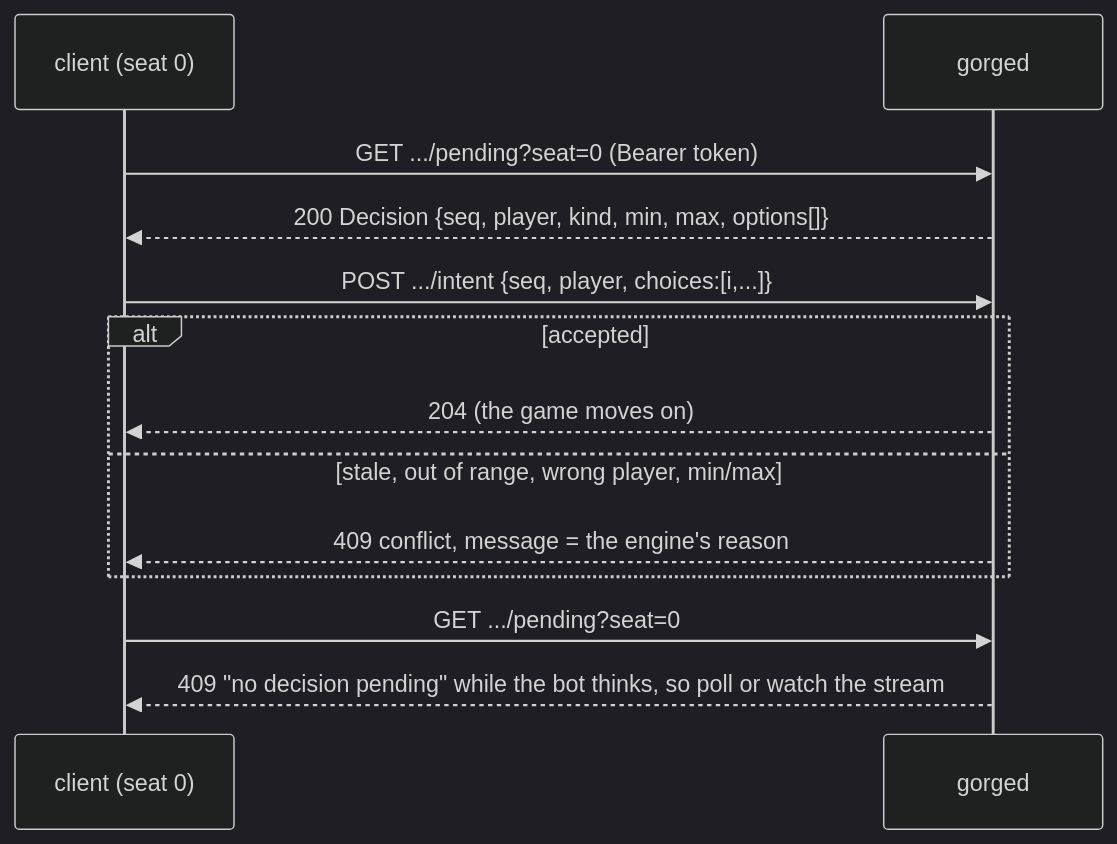
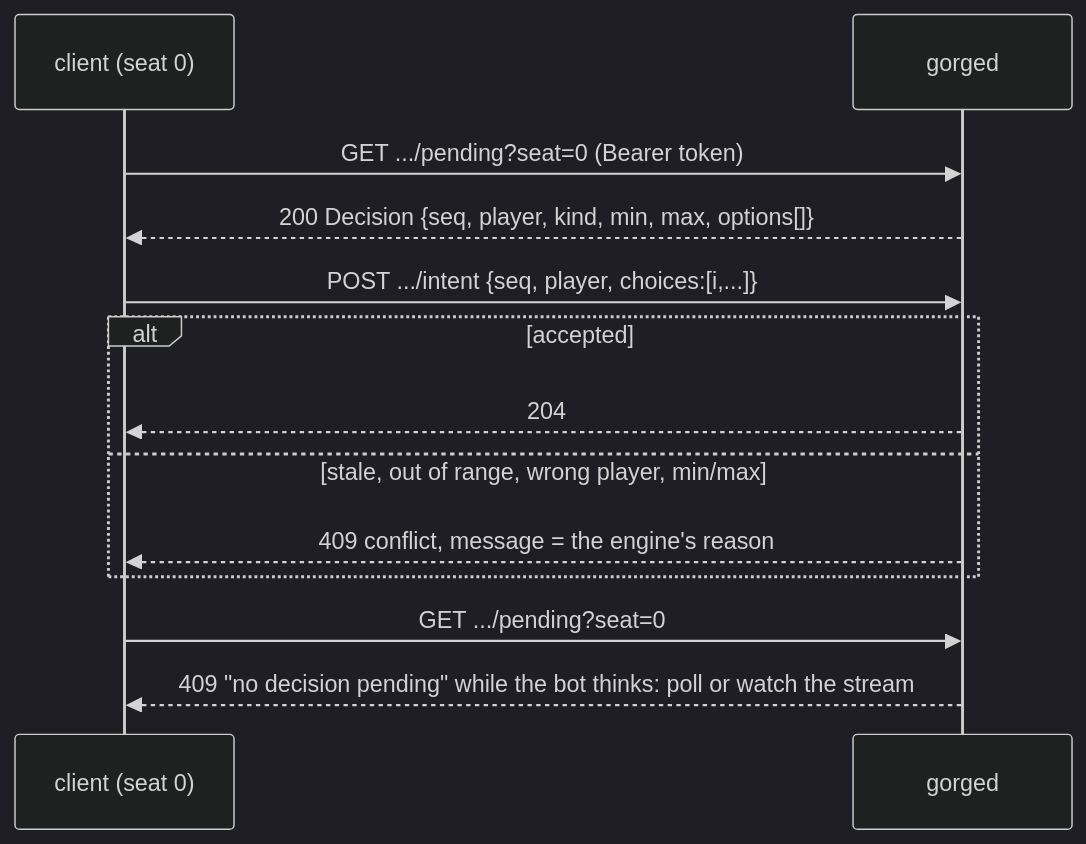
Before and after one commit to adams-shaun/gorge: the diagram in docs/site/api/http.md, drawn with Mermaid (dark theme). The commit also changed other lines of this file and 94 other files, not shown here.

````diff
--- a/docs/site/api/http.md
+++ b/docs/site/api/http.md
@@ -270,15 +213,15 @@
 ```mermaid
 sequenceDiagram
   participant C as client (seat 0)
   participant S as gorged
   C->>S: GET .../pending?seat=0 (Bearer token)
   S-->>C: 200 Decision {seq, player, kind, min, max, options[]}
   C->>S: POST .../intent {seq, player, choices:[i,...]}
   alt accepted
-    S-->>C: 204 (the game moves on)
+    S-->>C: 204
   else stale, out of range, wrong player, min/max
     S-->>C: 409 conflict, message = the engine's reason
   end
   C->>S: GET .../pending?seat=0
-  S-->>C: 409 "no decision pending" while the bot thinks, so poll or watch the stream
+  S-->>C: 409 "no decision pending" while the bot thinks: poll or watch the stream
 ```
````
